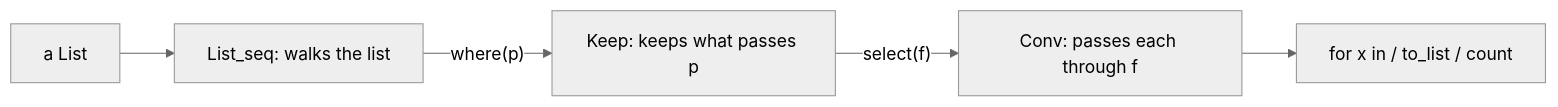
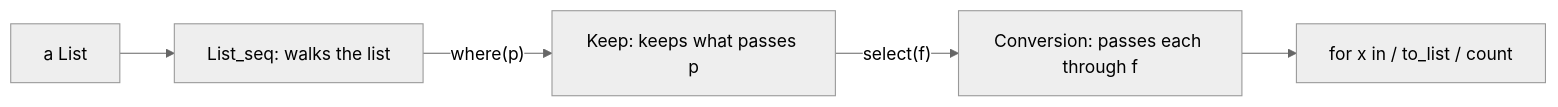
One commit to kansosystem-org/kspl-experimental changed the second of 3 diagrams in std/docs/DESIGN-core.md. Above: the diagram before and after it, drawn with Mermaid (neutral theme). The commit also changed other lines of this file and 599 other files, not shown here.

````diff
--- a/std/docs/DESIGN-core.md
+++ b/std/docs/DESIGN-core.md
@@ -357,7 +363,7 @@
 ```mermaid
 flowchart LR
     L["a List"] --> S["List_seq: walks the list"]
     S -->|"where(p)"| K["Keep: keeps what passes p"]
-    K -->|"select(f)"| C["Conv: passes each through f"]
+    K -->|"select(f)"| C["Conversion: passes each through f"]
     C --> D["for x in / to_list / count"]
 ```
````
